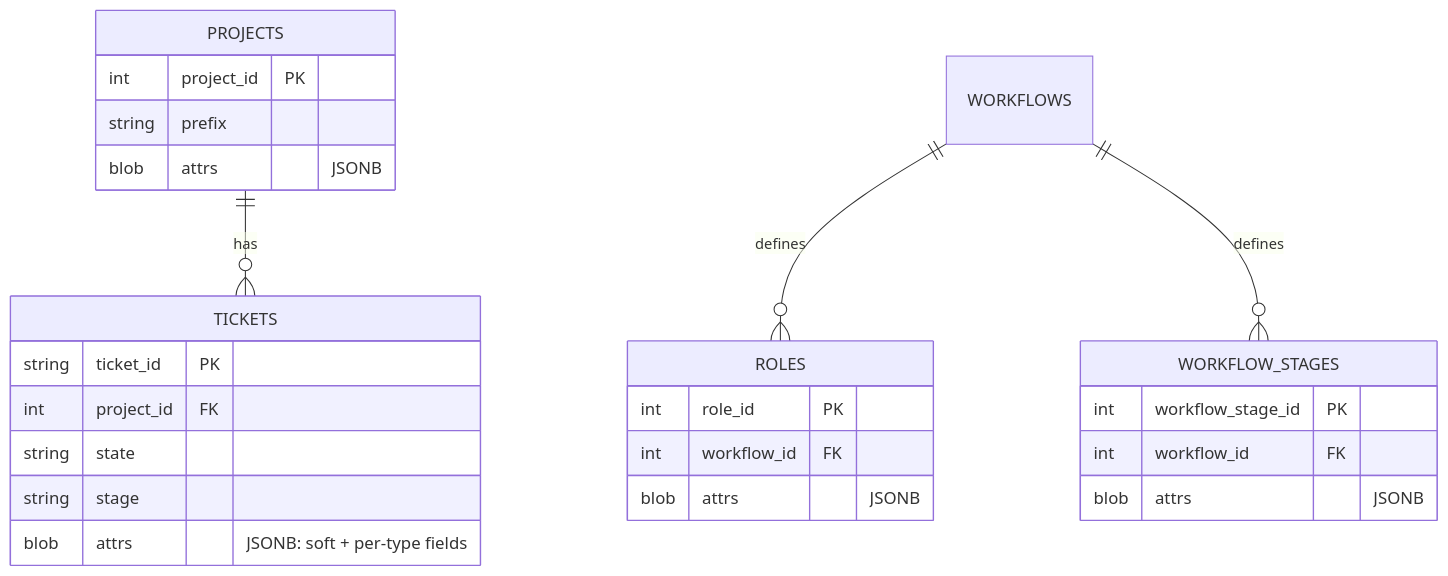
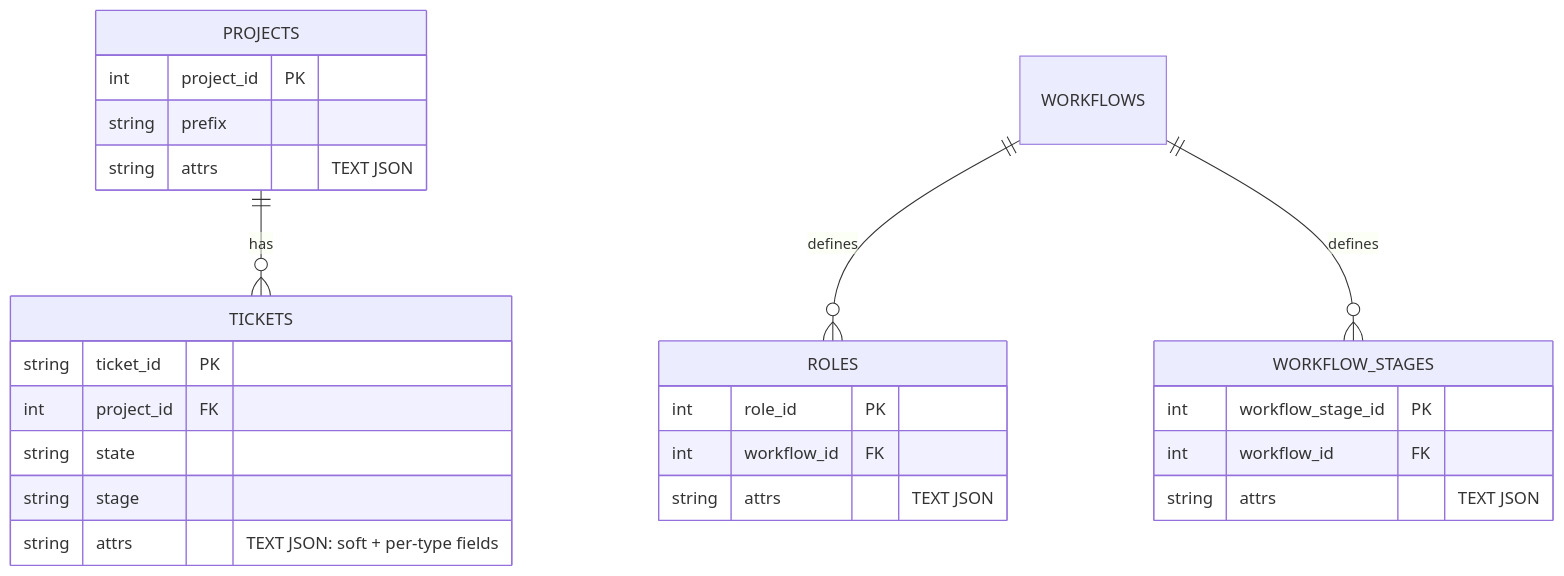
The third of 3 diagrams in docs/design/extensible-schema.md (simonski/ticket), drawn with Mermaid before and after one commit. The commit also changed other lines of this file and 7 other files, not shown here.

First line of the commit message:
docs: accuracy review — fix drift from the schema epic and recent changes

````diff
--- a/docs/design/extensible-schema.md
+++ b/docs/design/extensible-schema.md
@@ -211,28 +211,28 @@
 ```mermaid
 erDiagram
   TICKETS {
     string ticket_id PK
     int    project_id FK
     string state
     string stage
-    blob   attrs "JSONB: soft + per-type fields"
+    string attrs "TEXT JSON: soft + per-type fields"
   }
   PROJECTS {
     int  project_id PK
     string prefix
-    blob attrs "JSONB"
+    string attrs "TEXT JSON"
   }
   ROLES {
     int role_id PK
     int workflow_id FK
-    blob attrs "JSONB"
+    string attrs "TEXT JSON"
   }
   WORKFLOW_STAGES {
     int workflow_stage_id PK
     int workflow_id FK
-    blob attrs "JSONB"
+    string attrs "TEXT JSON"
   }
   PROJECTS ||--o{ TICKETS : has
   WORKFLOWS ||--o{ ROLES : defines
   WORKFLOWS ||--o{ WORKFLOW_STAGES : defines
 ```
````
